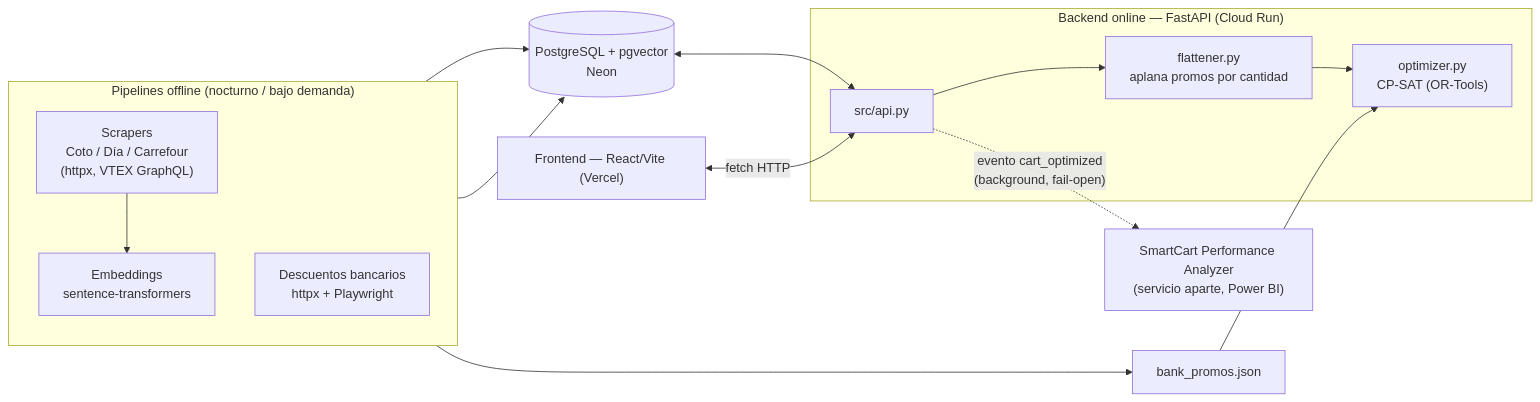
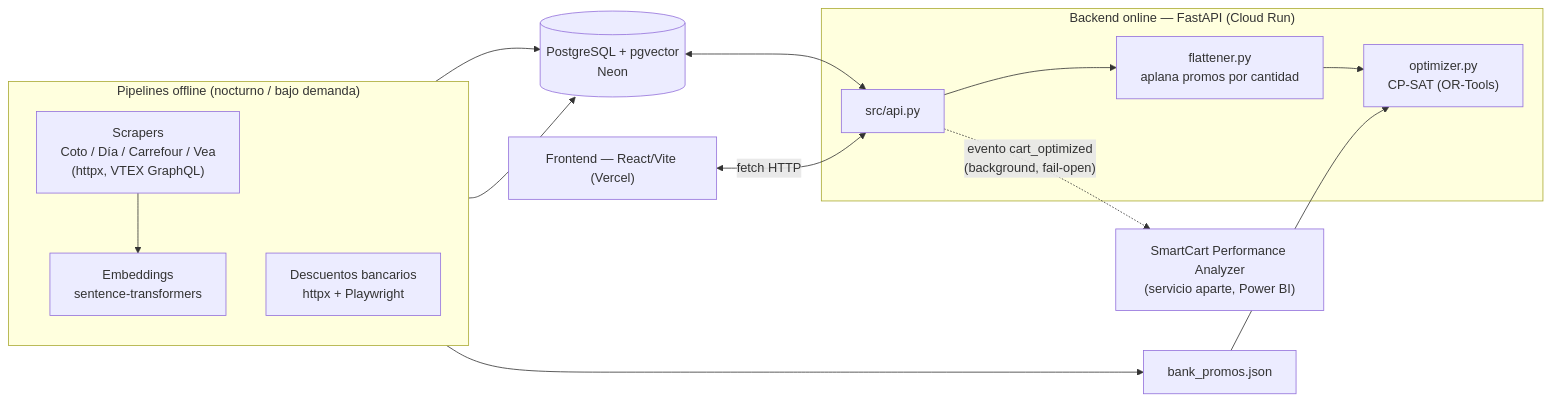
The diagram in docs/arquitectura.md (aviollaz/SmartCart), drawn with Mermaid before and after one commit. The commit also changed other lines of this file and 33 other files, not shown here.

````diff
--- a/docs/arquitectura.md
+++ b/docs/arquitectura.md
@@ -50,31 +50,31 @@
 ```mermaid
 flowchart LR
     subgraph Offline["Pipelines offline (nocturno / bajo demanda)"]
         direction TB
-        SCR["Scrapers\nCoto / Día / Carrefour\n(httpx, VTEX GraphQL)"]
+        SCR["Scrapers\nCoto / Día / Carrefour / Vea\n(httpx, VTEX GraphQL)"]
         EMB["Embeddings\nsentence-transformers"]
         BANK["Descuentos bancarios\nhttpx + Playwright"]
         SCR --> EMB
     end
 
     DB[(PostgreSQL + pgvector\nNeon)]
     SCR --> DB
     EMB --> DB
     BANK --> JSON["bank_promos.json"]
 
     subgraph Backend["Backend online — FastAPI (Cloud Run)"]
         API["src/api.py"]
         FLAT["flattener.py\naplana promos por cantidad"]
         OPT["optimizer.py\nCP-SAT (OR-Tools)"]
         API --> FLAT --> OPT
     end
 
     DB <--> API
     JSON --> OPT
 
     FE["Frontend — React/Vite (Vercel)"]
     FE <-- "fetch HTTP" --> API
 
     ANALYTICS["SmartCart Performance Analyzer\n(servicio aparte, Power BI)"]
     API -. "evento cart_optimized\n(background, fail-open)" .-> ANALYTICS
 ```
````
